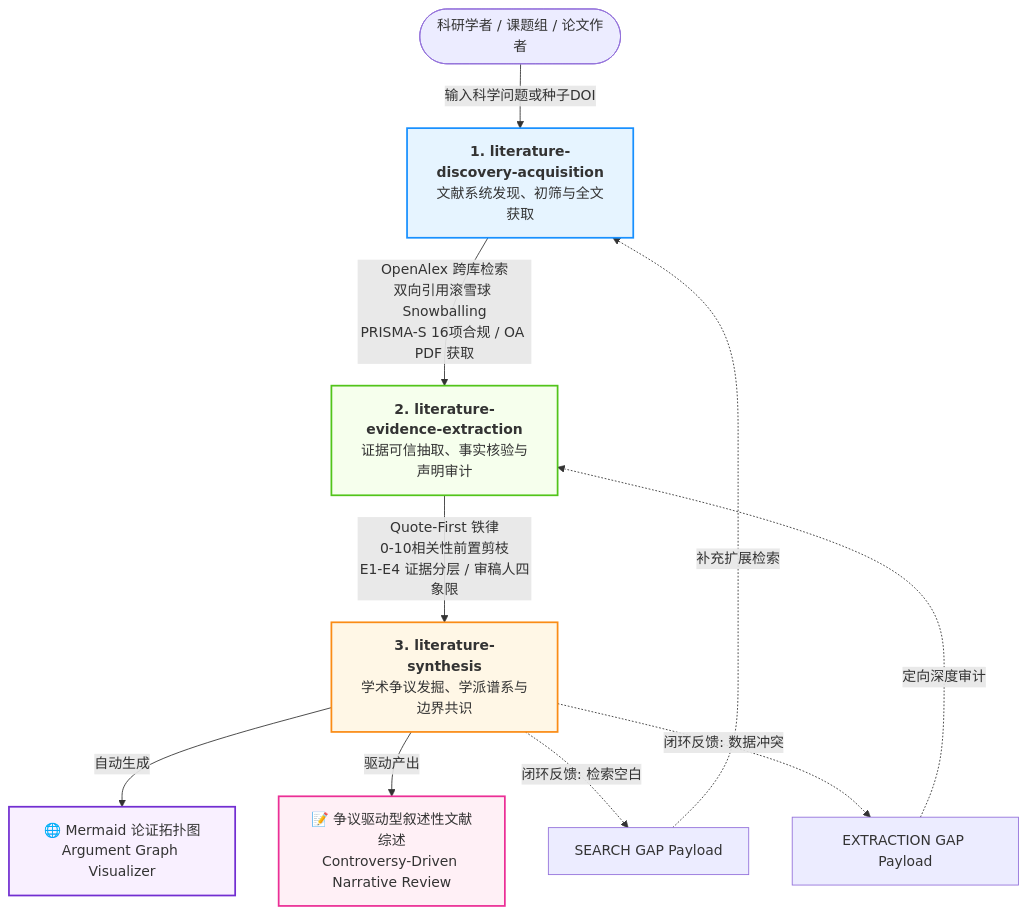
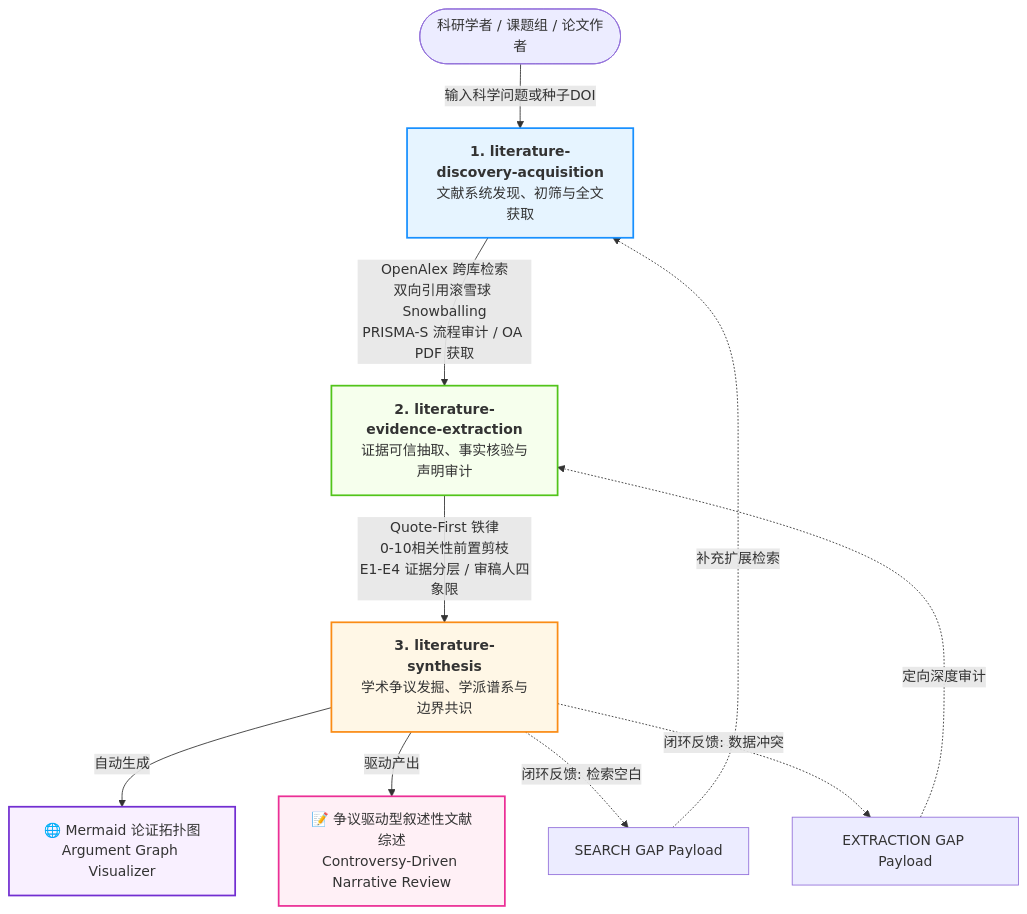
One commit to Daylily-Huang/ScholarFlow changed the diagram in README.md. Above: the diagram before and after it, drawn with Mermaid. The commit also changed other lines of this file and 20 other files, not shown here.

````diff
--- a/README.md
+++ b/README.md
@@ -36,20 +36,20 @@
 ```mermaid
 graph TD
     User([科研学者 / 课题组 / 论文作者]) -->|输入科学问题或种子DOI| Skill1["<b>1. literature-discovery-acquisition</b><br/>文献系统发现、初筛与全文获取"]
     
-    Skill1 -->|OpenAlex 跨库检索<br/>双向引用滚雪球 Snowballing<br/>PRISMA-S 16项合规 / OA PDF 获取| Skill2["<b>2. literature-evidence-extraction</b><br/>证据可信抽取、事实核验与声明审计"]
+    Skill1 -->|OpenAlex 跨库检索<br/>双向引用滚雪球 Snowballing<br/>PRISMA-S 流程审计 / OA PDF 获取| Skill2["<b>2. literature-evidence-extraction</b><br/>证据可信抽取、事实核验与声明审计"]
     
     Skill2 -->|Quote-First 铁律<br/>0-10相关性前置剪枝<br/>E1-E4 证据分层 / 审稿人四象限| Skill3["<b>3. literature-synthesis</b><br/>学术争议发掘、学派谱系与边界共识"]
     
     Skill3 -->|自动生成| Vis["🌐 Mermaid 论证拓扑图<br/>Argument Graph Visualizer"]
     Skill3 -->|驱动产出| Review["📝 争议驱动型叙述性文献综述<br/>Controversy-Driven Narrative Review"]
     
     Skill3 -.->|闭环反馈: 检索空白| GapSearch["SEARCH GAP Payload"] -.->|补充扩展检索| Skill1
     Skill3 -.->|闭环反馈: 数据冲突| GapExtract["EXTRACTION GAP Payload"] -.->|定向深度审计| Skill2
 
     style Skill1 fill:#e6f4ff,stroke:#1890ff,stroke-width:2px;
     style Skill2 fill:#f6ffed,stroke:#52c41a,stroke-width:2px;
     style Skill3 fill:#fff7e6,stroke:#fa8c16,stroke-width:2px;
     style Vis fill:#f9f0ff,stroke:#722ed1,stroke-width:2px;
     style Review fill:#fff0f6,stroke:#eb2f96,stroke-width:2px;
 ```
````
